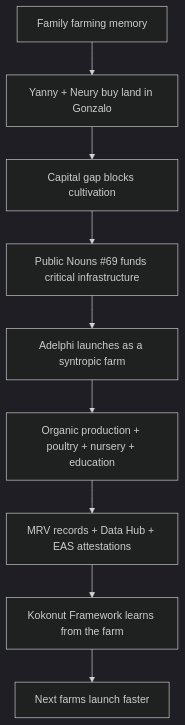
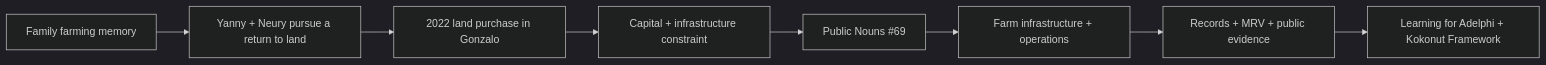
The diagram in ecosystem-wiki/kokonut-farms/adelphi/background-story.mdx (wasalo/Kokonut-Public-Site), drawn with Mermaid (dark theme) before and after one commit. The commit also changed other lines of this file, not shown here.

Commit message:
docs(kokonut-farms): improve Adelphi background story

````diff
--- a/ecosystem-wiki/kokonut-farms/adelphi/background-story.mdx
+++ b/ecosystem-wiki/kokonut-farms/adelphi/background-story.mdx
@@ -184,11 +158,10 @@
 ```mermaid
-flowchart TD
-    A["Family farming memory"] --> B["Yanny + Neury buy land in Gonzalo"]
-    B --> C["Capital gap blocks cultivation"]
-    C --> D["Public Nouns #69 funds critical infrastructure"]
-    D --> E["Adelphi launches as a syntropic farm"]
-    E --> F["Organic production + poultry + nursery + education"]
-    F --> G["MRV records + Data Hub + EAS attestations"]
-    G --> H["Kokonut Framework learns from the farm"]
-    H --> I["Next farms launch faster"]
+flowchart LR
+    A["Family farming memory"] --> B["Yanny + Neury pursue a return to land"]
+    B --> C["2022 land purchase in Gonzalo"]
+    C --> D["Capital + infrastructure constraint"]
+    D --> E["Public Nouns #69"]
+    E --> F["Farm infrastructure + operations"]
+    F --> G["Records + MRV + public evidence"]
+    G --> H["Learning for Adelphi + Kokonut Framework"]
 ```
````
